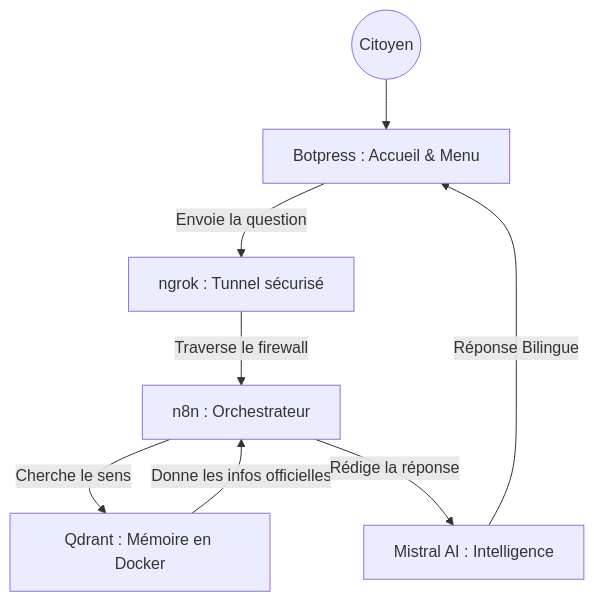
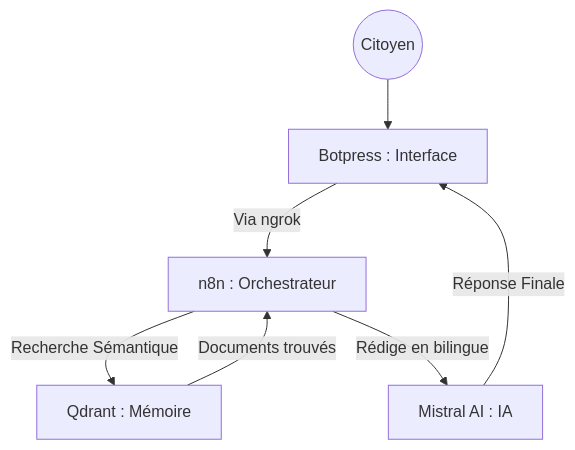
Before and after one commit to iamsamahaziz/wathiqa: the diagram in README.md, drawn with Mermaid. The commit also changed other lines of this file, not shown here.

````diff
--- a/README.md
+++ b/README.md
@@ -36,10 +34,9 @@
 ```mermaid
 graph TD
-    User((Citoyen)) --> BP[Botpress : Accueil & Menu]
-    BP -- "Envoie la question" --> NG[ngrok : Tunnel sécurisé]
-    NG -- "Traverse le firewall" --> N8N[n8n : Orchestrateur]
-    N8N -- "Cherche le sens" --> QD[Qdrant : Mémoire en Docker]
-    QD -- "Donne les infos officielles" --> N8N
-    N8N -- "Rédige la réponse" --> M[Mistral AI : Intelligence]
-    M -- "Réponse Bilingue" --> BP
+    User((Citoyen)) --> BP[Botpress : Interface]
+    BP -- "Via ngrok" --> N8N[n8n : Orchestrateur]
+    N8N -- "Recherche Sémantique" --> QD[Qdrant : Mémoire]
+    QD -- "Documents trouvés" --> N8N
+    N8N -- "Rédige en bilingue" --> M[Mistral AI : IA]
+    M -- "Réponse Finale" --> BP
 ```
````
